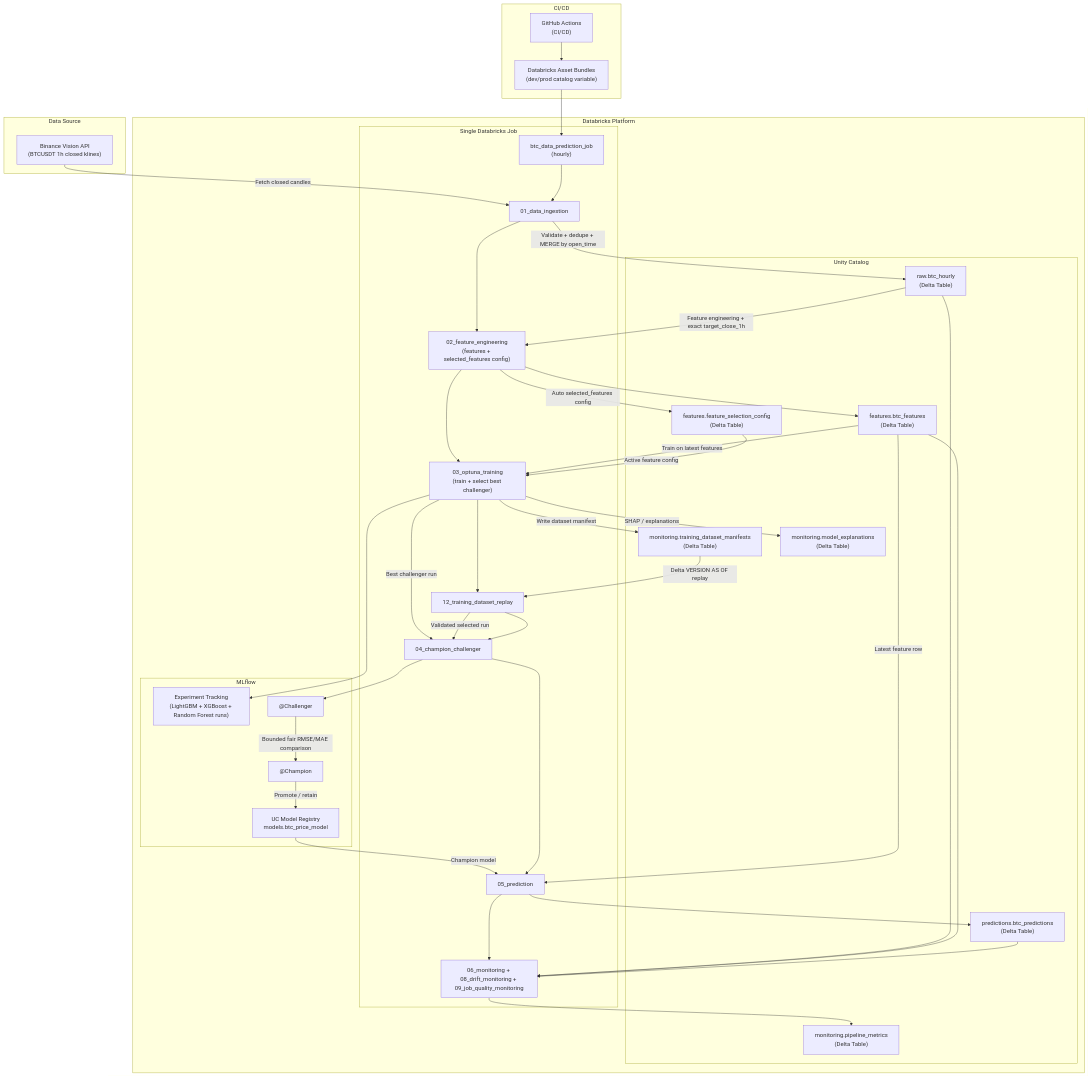
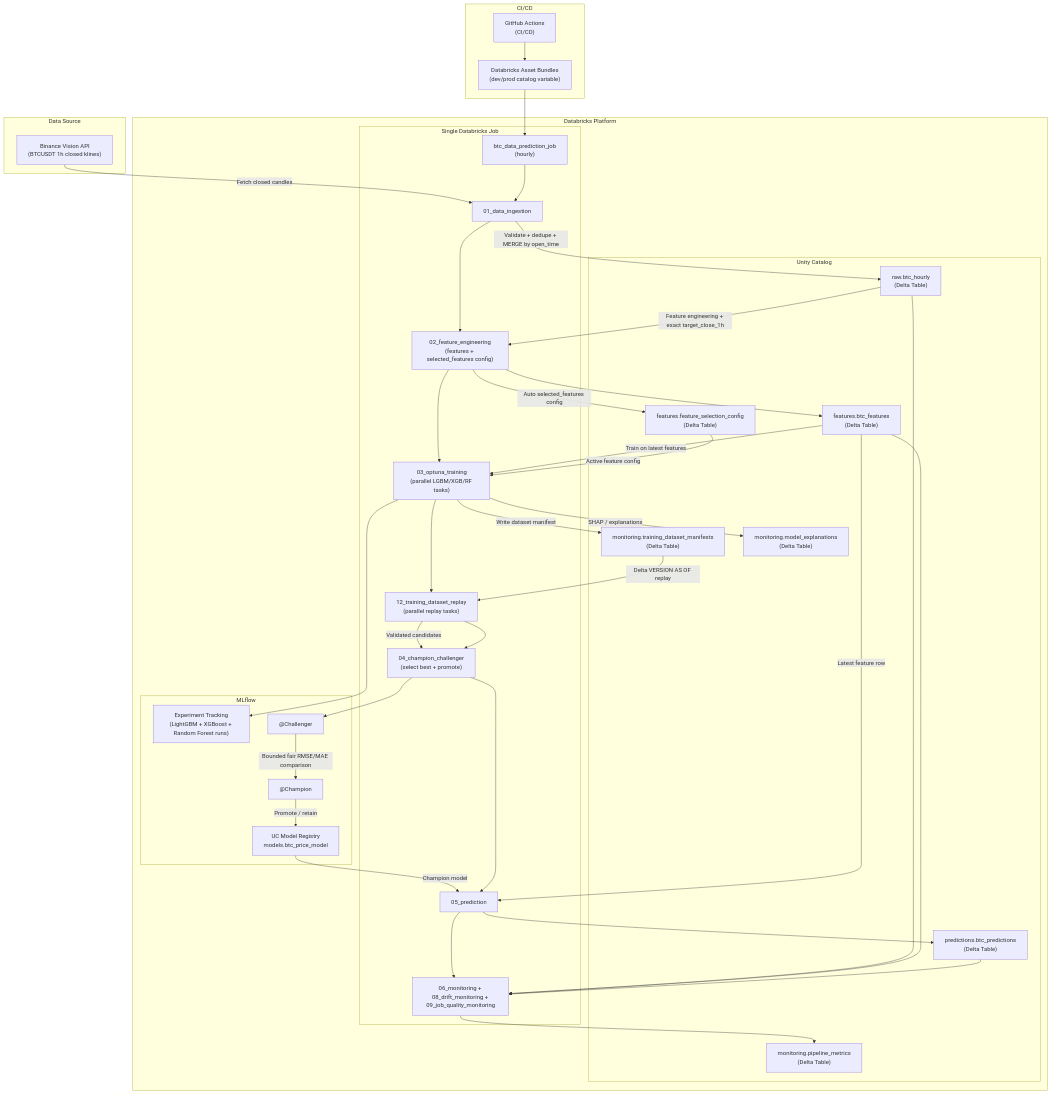
The diagram in docs/architecture.md (dunglk85/btc_mle_dbr), drawn with Mermaid before and after one commit. The commit also changed 3 other files, not shown here.

Commit message:
feat: implement end-to-end BTC price prediction pipeline with architectural documentation, Optuna training, and champion-challenger promotion logic

````diff
--- a/docs/architecture.md
+++ b/docs/architecture.md
@@ -7,74 +7,73 @@
 ```mermaid
 graph TB
     subgraph "Data Source"
         A["Binance Vision API<br/>(BTCUSDT 1h closed klines)"]
     end
 
     subgraph "Databricks Platform"
         subgraph "Unity Catalog"
             B["raw.btc_hourly<br/>(Delta Table)"]
             C["features.btc_features<br/>(Delta Table)"]
             U["features.feature_selection_config<br/>(Delta Table)"]
             P["predictions.btc_predictions<br/>(Delta Table)"]
             Q["monitoring.pipeline_metrics<br/>(Delta Table)"]
             T["monitoring.training_dataset_manifests<br/>(Delta Table)"]
             X["monitoring.model_explanations<br/>(Delta Table)"]
         end
 
         subgraph "MLflow"
             D["Experiment Tracking<br/>(LightGBM + XGBoost + Random Forest runs)"]
             E["UC Model Registry<br/>models.btc_price_model"]
             F["@Champion"]
             G["@Challenger"]
         end
 
         subgraph "Single Databricks Job"
             K["btc_data_prediction_job<br/>(hourly)"]
             K1["01_data_ingestion"]
             K2["02_feature_engineering<br/>(features + selected_features config)"]
-            K4["03_optuna_training<br/>(train + select best challenger)"]
-            K5["12_training_dataset_replay"]
-            K7["04_champion_challenger"]
+            K4["03_optuna_training<br/>(parallel LGBM/XGB/RF tasks)"]
+            K5["12_training_dataset_replay<br/>(parallel replay tasks)"]
+            K7["04_champion_challenger<br/>(select best + promote)"]
             K8["05_prediction"]
             K9["06_monitoring + 08_drift_monitoring + 09_job_quality_monitoring"]
         end
     end
 
     subgraph "CI/CD"
         M["GitHub Actions<br/>(CI/CD)"]
         N["Databricks Asset Bundles<br/>(dev/prod catalog variable)"]
     end
 
     A -->|"Fetch closed candles"| K1
     K1 -->|"Validate + dedupe + MERGE by open_time"| B
     B -->|"Feature engineering + exact target_close_1h"| K2
     K2 --> C
     K2 -->|"Auto selected_features config"| U
     C -->|"Train on latest features"| K4
     U -->|"Active feature config"| K4
     K4 --> D
     K4 -->|"Write dataset manifest"| T
     K4 -->|"SHAP / explanations"| X
-    K4 -->|"Best challenger run"| K7
     T -->|"Delta VERSION AS OF replay"| K5
-    K5 -->|"Validated selected run"| K7
+    K5 -->|"Validated candidates"| K7
     K7 --> G
     G -->|"Bounded fair RMSE/MAE comparison"| F
     F -->|"Promote / retain"| E
     E -->|"Champion model"| K8
     C -->|"Latest feature row"| K8
     K8 --> P
     B --> K9
     C --> K9
     P --> K9
     K9 --> Q
     M --> N
     N --> K
     K --> K1
     K1 --> K2
     K2 --> K4
     K4 --> K5
     K5 --> K7
     K7 --> K8
     K8 --> K9
 ```
````
